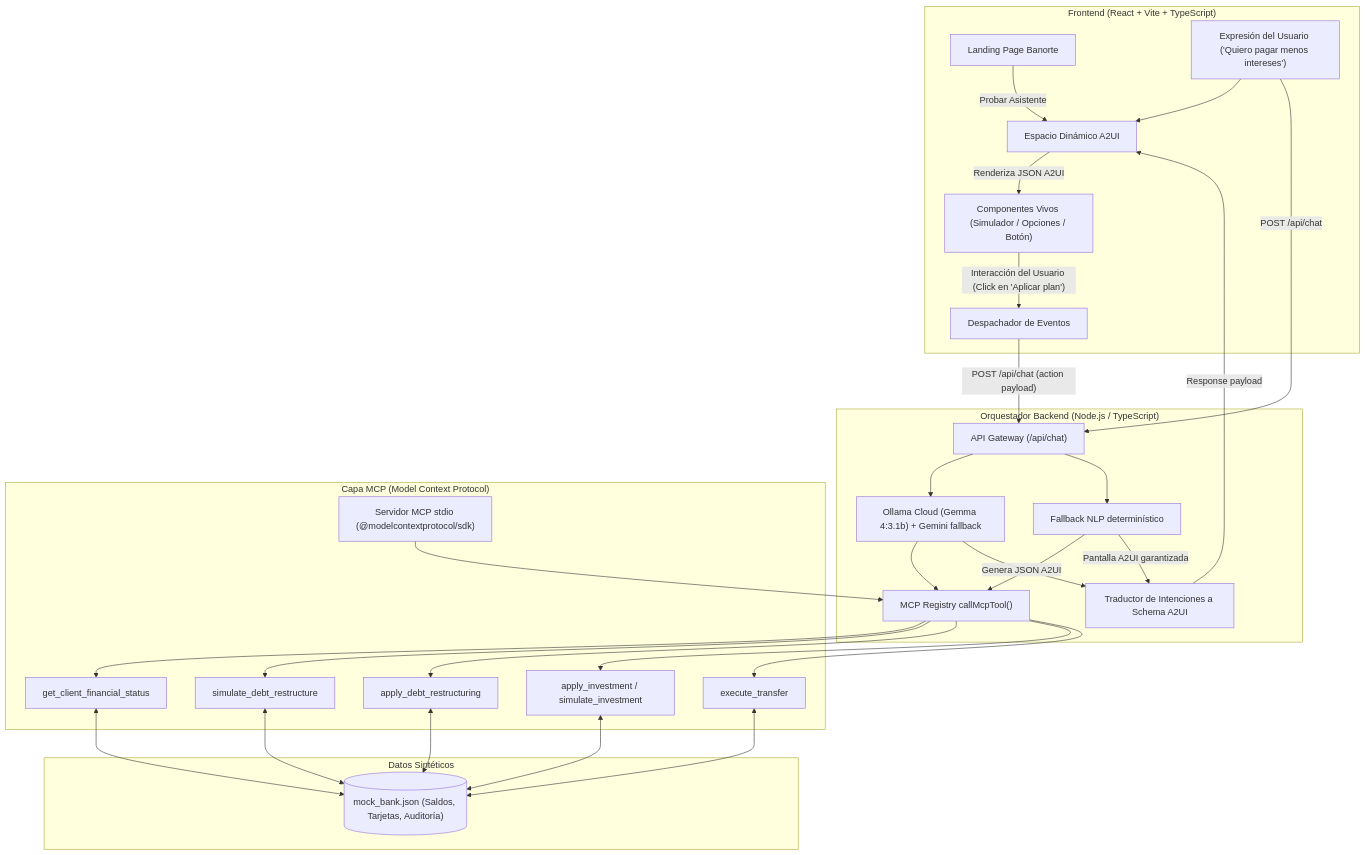
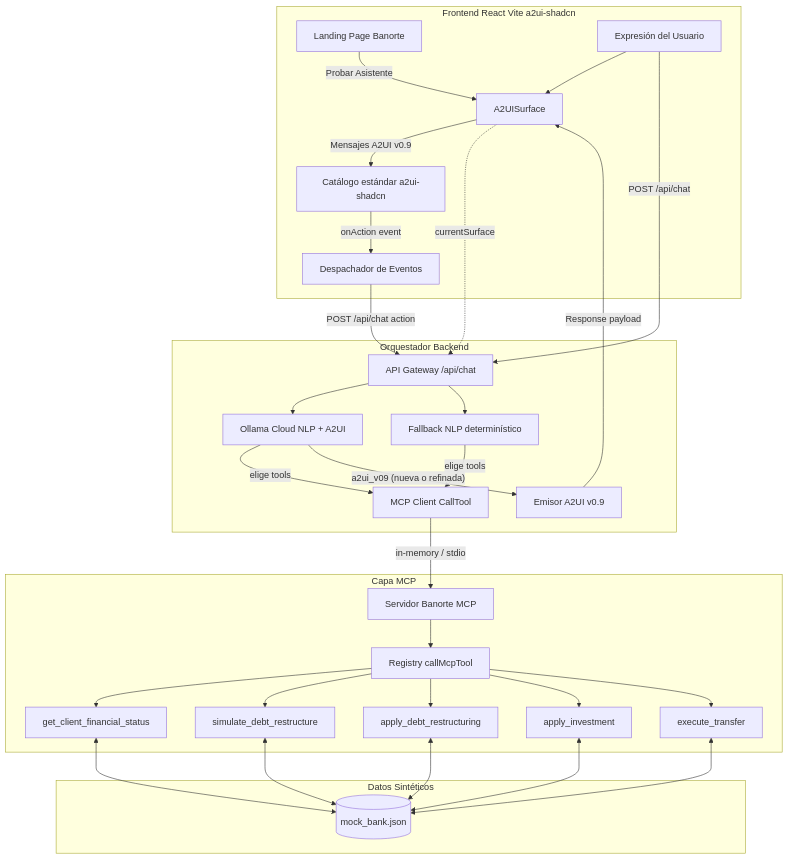
The diagram in docs/ARCHITECTURE.md (wanak0/hackmty2026), drawn with Mermaid before and after one commit. The commit also changed other lines of this file and 41 other files, not shown here.

````diff
--- a/docs/ARCHITECTURE.md
+++ b/docs/ARCHITECTURE.md
@@ -11,43 +11,45 @@
 ```mermaid
 flowchart TD
-    subgraph Frontend ["Frontend (React + Vite + TypeScript)"]
-        Landing["Landing Page Banorte"] -->|"Probar Asistente"| DynamicView["Espacio Dinámico A2UI"]
-        UserInput["Expresión del Usuario ('Quiero pagar menos intereses')"] --> DynamicView
-        DynamicView -->|"Renderiza JSON A2UI"| Components["Componentes Vivos (Simulador / Opciones / Botón)"]
-        Components -->|"Interacción del Usuario (Click en 'Aplicar plan')"| ActionDispatch["Despachador de Eventos"]
+    subgraph Frontend ["Frontend React Vite a2ui-shadcn"]
+        Landing["Landing Page Banorte"] -->|"Probar Asistente"| DynamicView["A2UISurface"]
+        UserInput["Expresión del Usuario"] --> DynamicView
+        DynamicView -->|"Mensajes A2UI v0.9"| Components["Catálogo estándar a2ui-shadcn"]
+        Components -->|"onAction event"| ActionDispatch["Despachador de Eventos"]
     end
 
-    subgraph Backend ["Orquestador Backend (Node.js / TypeScript)"]
-        API["API Gateway (/api/chat)"]
-        LLM["Ollama Cloud (Gemma 4:3.1b) + Gemini fallback"]
+    subgraph Backend ["Orquestador Backend"]
+        API["API Gateway /api/chat"]
+        LLM["Ollama Cloud NLP + A2UI"]
         DetNLP["Fallback NLP determinístico"]
-        A2UIProtocol["Traductor de Intenciones a Schema A2UI"]
-        Registry["MCP Registry callMcpTool()"]
+        A2UIProtocol["Emisor A2UI v0.9"]
+        MCPClient["MCP Client CallTool"]
     end
 
-    subgraph MCP ["Capa MCP (Model Context Protocol)"]
-        MCPServer["Servidor MCP stdio (@modelcontextprotocol/sdk)"]
+    subgraph MCP ["Capa MCP"]
+        MCPServer["Servidor Banorte MCP"]
+        Registry["Registry callMcpTool"]
         ToolStatus["get_client_financial_status"]
         ToolSimulate["simulate_debt_restructure"]
         ToolApply["apply_debt_restructuring"]
-        ToolInvest["apply_investment / simulate_investment"]
+        ToolInvest["apply_investment"]
         ToolSpei["execute_transfer"]
     end
 
     subgraph CoreBancario ["Datos Sintéticos"]
-        MockDB[("mock_bank.json (Saldos, Tarjetas, Auditoría)")]
+        MockDB[("mock_bank.json")]
     end
 
     UserInput -->|"POST /api/chat"| API
-    ActionDispatch -->|"POST /api/chat (action payload)"| API
+    ActionDispatch -->|"POST /api/chat action"| API
     API --> LLM
     API --> DetNLP
-    LLM --> Registry
-    DetNLP --> Registry
+    LLM -->|"elige tools"| MCPClient
+    DetNLP -->|"elige tools"| MCPClient
+    MCPClient -->|"in-memory / stdio"| MCPServer
+    MCPServer --> Registry
     Registry --> ToolStatus & ToolSimulate & ToolApply & ToolInvest & ToolSpei
-    MCPServer --> Registry
     ToolStatus & ToolSimulate & ToolApply & ToolInvest & ToolSpei <--> MockDB
-    LLM -->|"Genera JSON A2UI"| A2UIProtocol
-    DetNLP -->|"Pantalla A2UI garantizada"| A2UIProtocol
+    LLM -->|"a2ui_v09 (nueva o refinada)"| A2UIProtocol
     A2UIProtocol -->|"Response payload"| DynamicView
+    DynamicView -.->|"currentSurface"| API
 ```
````
